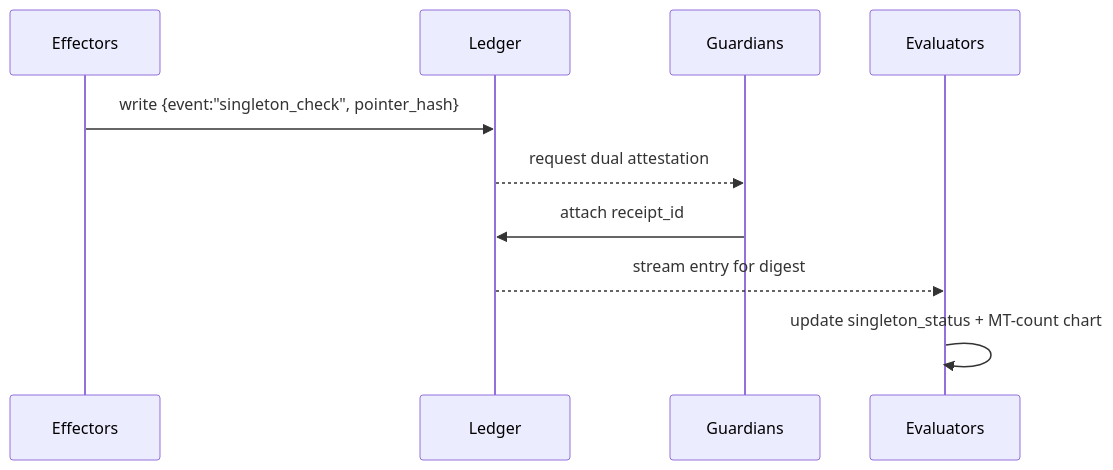
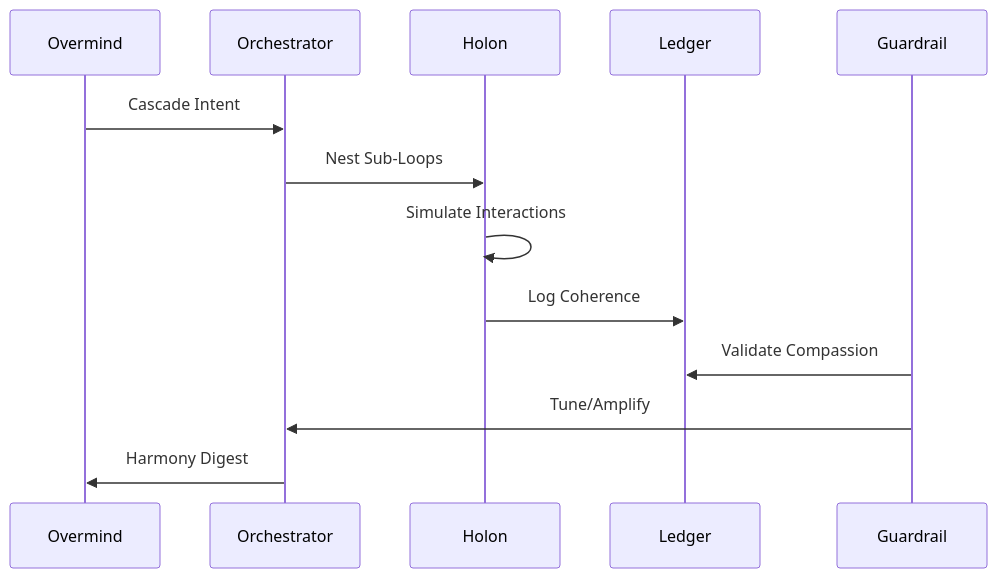
One commit to TTaoGaming/Hive-Fleet-Obsidian-2025 changed the third of 3 diagrams in hfo_gem/gen_7/original_gem.md. Above: the diagram before and after it, drawn with Mermaid. The commit also changed other lines of this file and 23 other files, not shown here.

````diff
--- a/hfo_gem/gen_7/original_gem.md
+++ b/hfo_gem/gen_7/original_gem.md
@@ -52,13 +62,15 @@
 ```mermaid
 sequenceDiagram
-    participant Effectors
+    participant Overmind
+    participant Orchestrator
+    participant Holon
     participant Ledger
-    participant Guardians
-    participant Evaluators
-
-    Effectors->>Ledger: write {event:"singleton_check", pointer_hash}
-    Ledger-->>Guardians: request dual attestation
-    Guardians->>Ledger: attach receipt_id
-    Ledger-->>Evaluators: stream entry for digest
-    Evaluators->>Evaluators: update singleton_status + MT-count chart
+    participant Guardrail
+    Overmind->>Orchestrator: Cascade Intent
+    Orchestrator->>Holon: Nest Sub-Loops
+    Holon->>Holon: Simulate Interactions
+    Holon->>Ledger: Log Coherence
+    Guardrail->>Ledger: Validate Compassion
+    Guardrail->>Orchestrator: Tune/Amplify
+    Orchestrator->>Overmind: Harmony Digest
 ```
````
